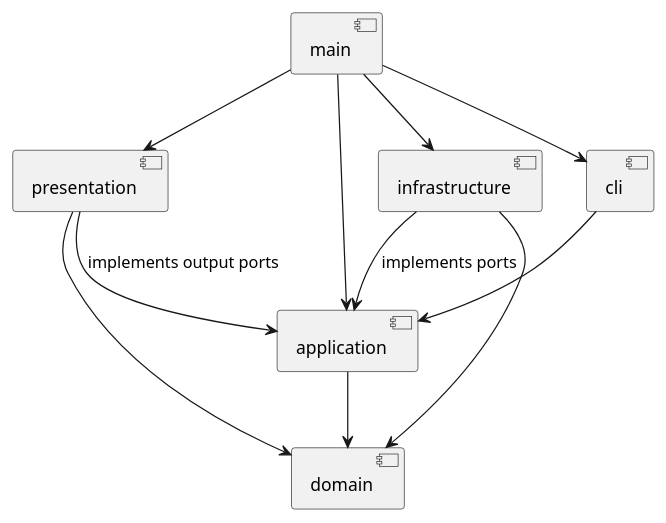
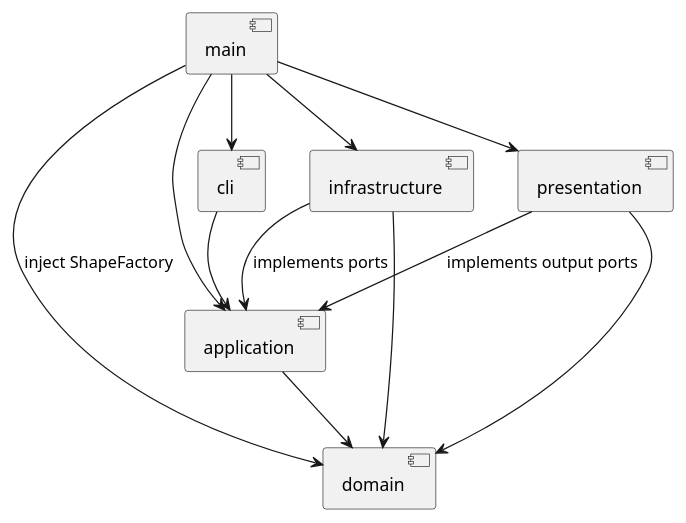
One commit to invvvversion-ysl/pj1-svg-editor changed the diagram in doc/README.md. Above: the diagram before and after it, drawn with PlantUML. The commit also changed other lines of this file and 2 other files, not shown here.

````diff
--- a/doc/README.md
+++ b/doc/README.md
@@ -30,20 +30,21 @@
 ```plantuml
 @startuml
 component main
 component cli
 component application
 component domain
 component presentation
 component infrastructure
 main --> cli
 main --> application
 main --> presentation
 main --> infrastructure
+main --> domain : inject ShapeFactory
 cli --> application
 application --> domain
 presentation --> domain
 presentation --> application : implements output ports
 infrastructure --> application : implements ports
 infrastructure --> domain
 @enduml
 ```
````
